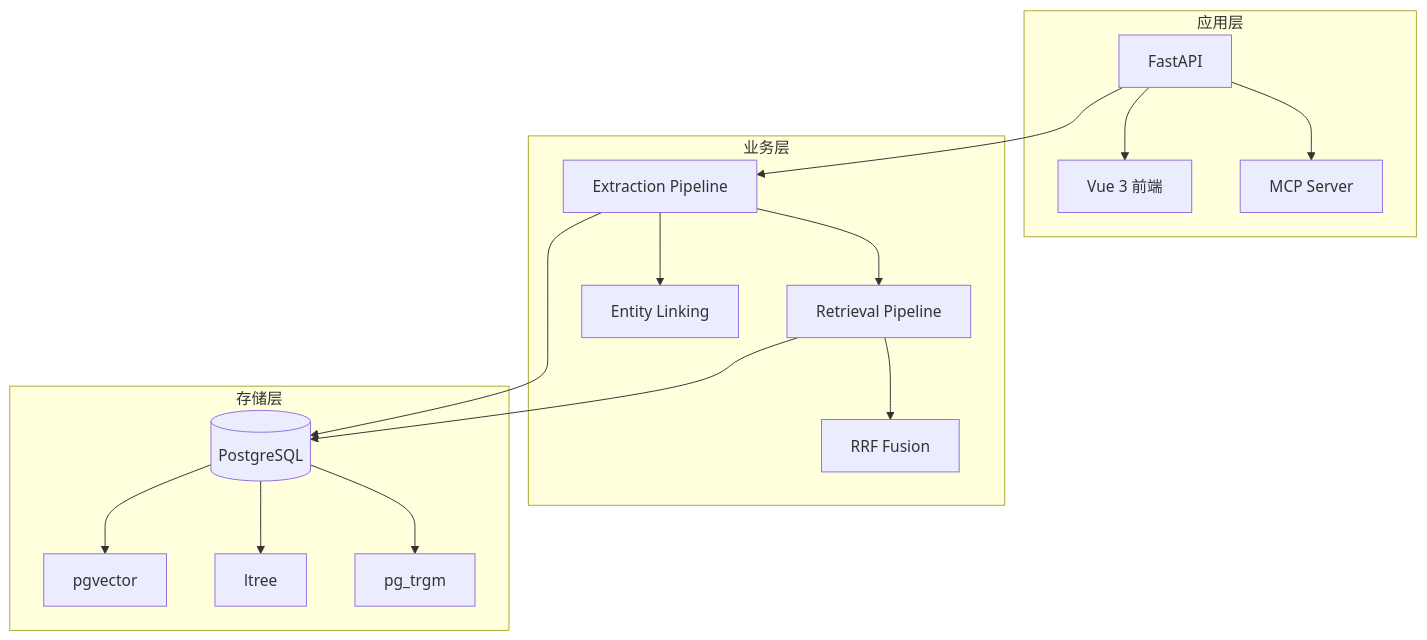
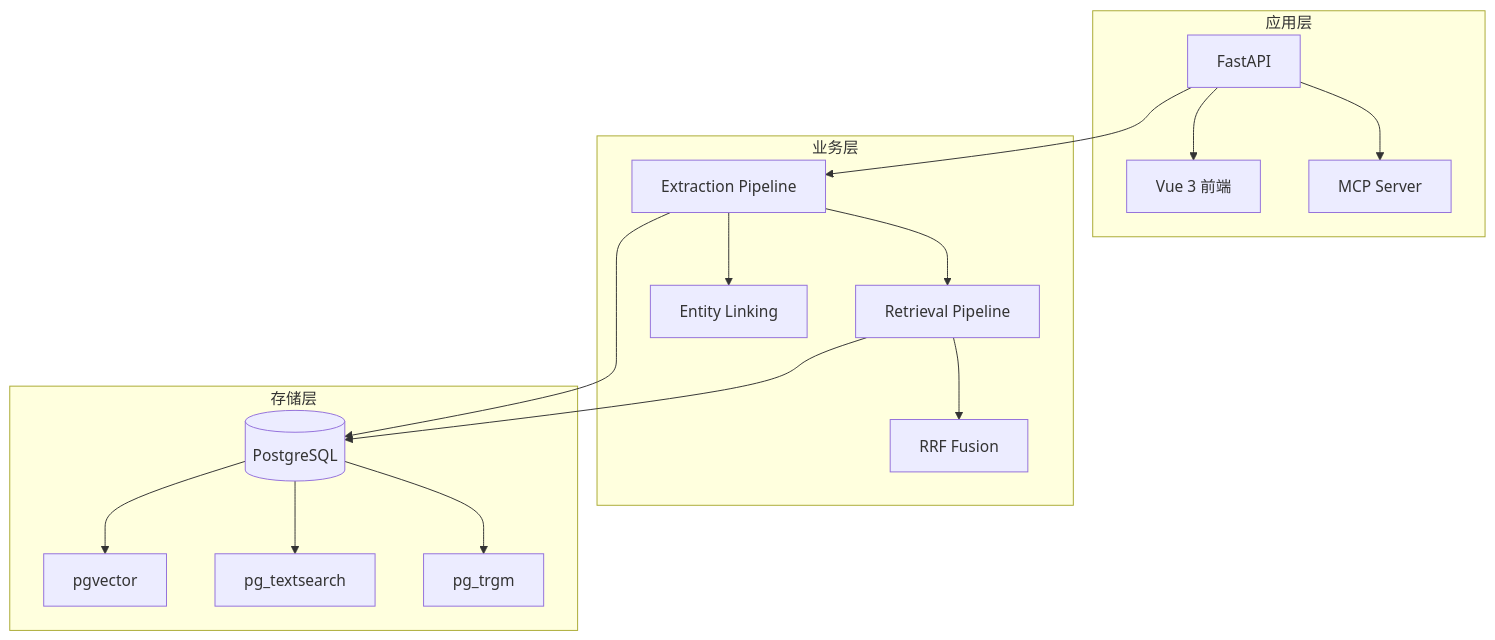
Before and after one commit to pty819/cortex-py-book: the diagram in source/index.md, drawn with Mermaid. The commit also changed other lines of this file and 23 other files, not shown here.

````diff
--- a/source/index.md
+++ b/source/index.md
@@ -92,23 +93,23 @@
 ```{mermaid}
 graph TB
     subgraph 应用层
         A[FastAPI] --> B[Vue 3 前端]
         A --> C[MCP Server]
     end
     
     subgraph 业务层
         D[Extraction Pipeline] --> E[Retrieval Pipeline]
         D --> F[Entity Linking]
         E --> G[RRF Fusion]
     end
     
     subgraph 存储层
         H[(PostgreSQL)] --> I[pgvector]
-        H --> J[ltree]
+        H --> J[pg_textsearch]
         H --> K[pg_trgm]
     end
     
     A --> D
     E --> H
     D --> H
 ```
````
